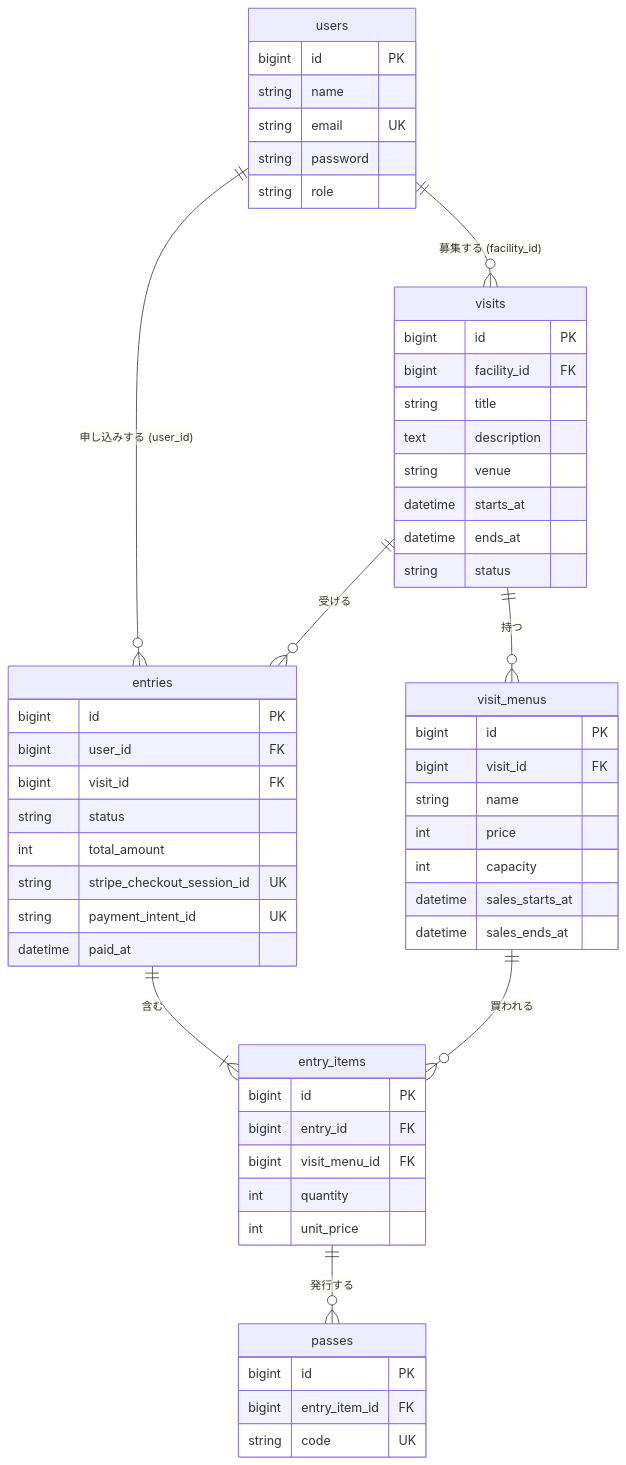
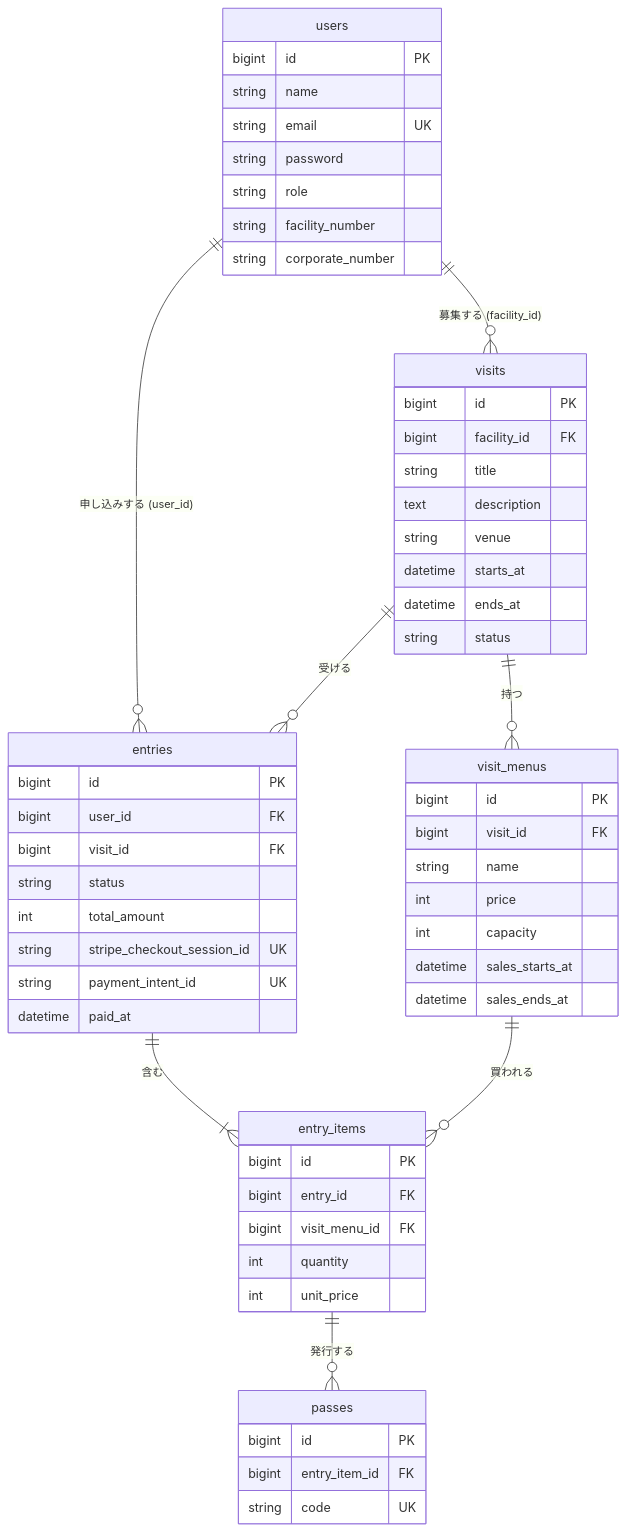
The diagram in doc/design/database.md (makiyok/myapp), drawn with Mermaid before and after one commit. The commit also changed other lines of this file and 10 other files, not shown here.

````diff
--- a/doc/design/database.md
+++ b/doc/design/database.md
@@ -8,59 +8,61 @@
 ```mermaid
 erDiagram
     users ||--o{ visits : "募集する (facility_id)"
     users ||--o{ entries : "申し込みする (user_id)"
     visits ||--o{ visit_menus : "持つ"
     visits ||--o{ entries : "受ける"
     entries ||--|{ entry_items : "含む"
     visit_menus ||--o{ entry_items : "買われる"
     entry_items ||--o{ passes : "発行する"
 
     users {
         bigint id PK
         string name
         string email UK
         string password
         string role
+        string facility_number
+        string corporate_number
     }
     visits {
         bigint id PK
         bigint facility_id FK
         string title
         text description
         string venue
         datetime starts_at
         datetime ends_at
         string status
     }
     visit_menus {
         bigint id PK
         bigint visit_id FK
         string name
         int price
         int capacity
         datetime sales_starts_at
         datetime sales_ends_at
     }
     entries {
         bigint id PK
         bigint user_id FK
         bigint visit_id FK
         string status
         int total_amount
         string stripe_checkout_session_id UK
         string payment_intent_id UK
         datetime paid_at
     }
     entry_items {
         bigint id PK
         bigint entry_id FK
         bigint visit_menu_id FK
         int quantity
         int unit_price
     }
     passes {
         bigint id PK
         bigint entry_item_id FK
         string code UK
     }
 ```
````
